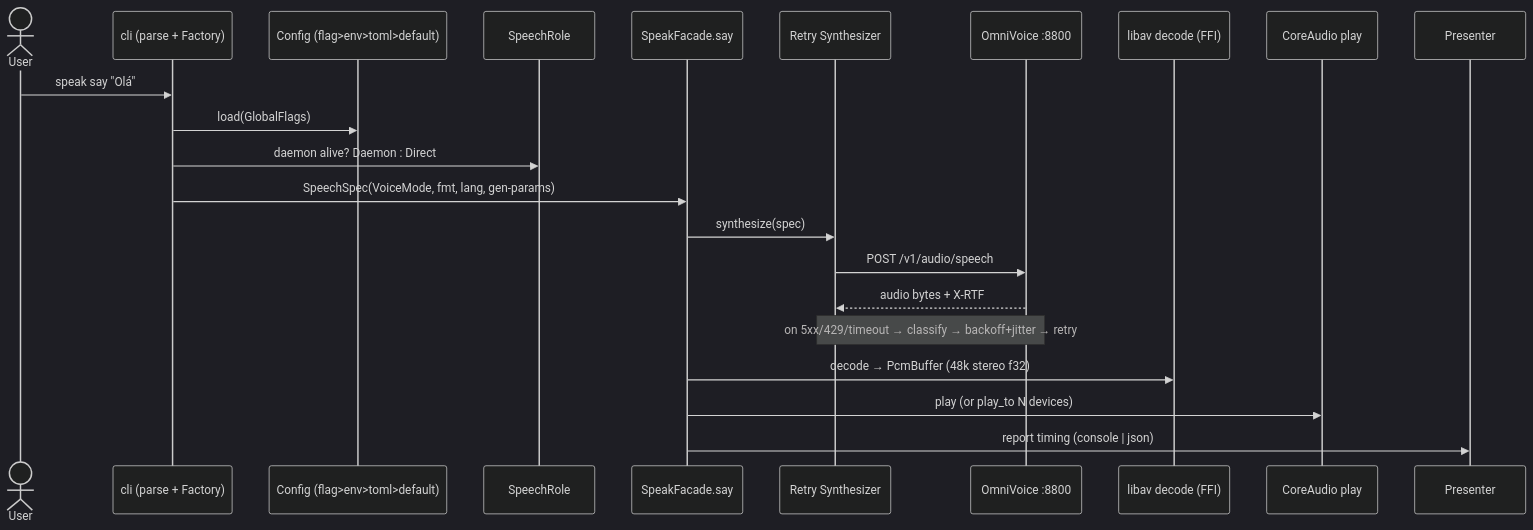
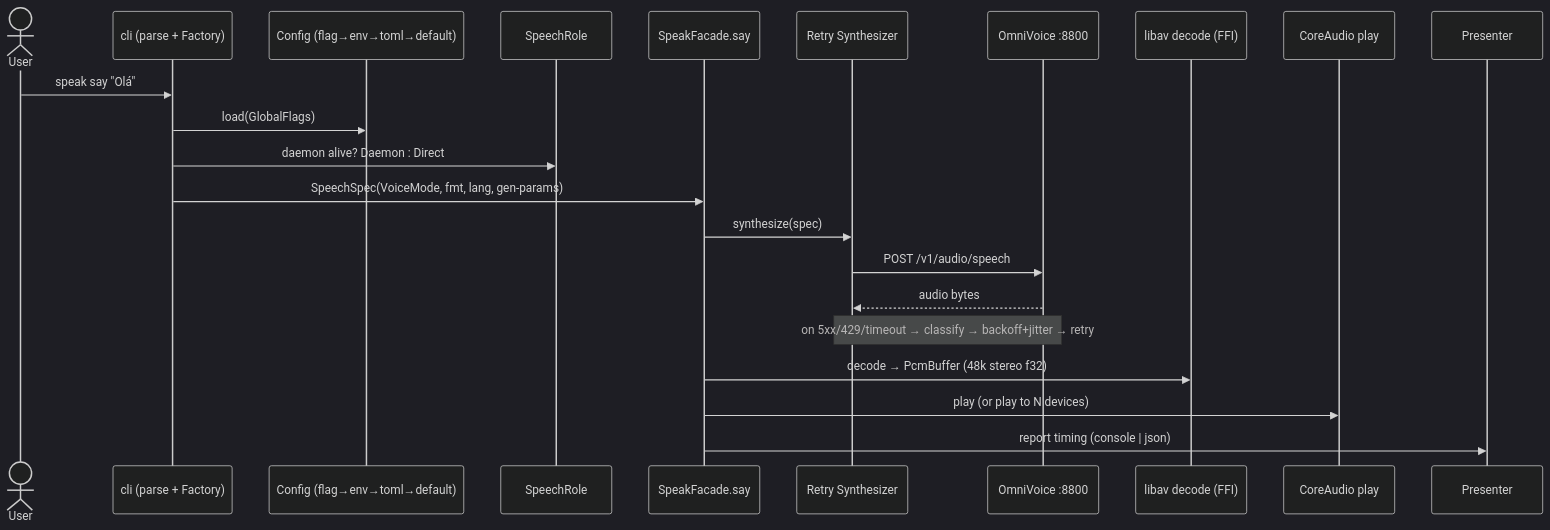
One commit to farchanjo/speak changed the third of 7 diagrams in README.md. Above: the diagram before and after it, drawn with Mermaid (dark theme). The commit also changed other lines of this file, not shown here.

First line of the commit message:
docs: rewrite README beginner-friendly with mermaid + architecture links

````diff
--- a/README.md
+++ b/README.md
@@ -319,24 +523,24 @@
 ```mermaid
 sequenceDiagram
     actor U as User
     participant CLI as cli (parse + Factory)
-    participant CFG as Config (flag>env>toml>default)
+    participant CFG as Config (flag→env→toml→default)
     participant SR as SpeechRole
     participant FAC as SpeakFacade.say
     participant SYN as Retry Synthesizer
     participant SRV as OmniVoice :8800
     participant DEC as libav decode (FFI)
     participant SNK as CoreAudio play
     participant PR as Presenter
     U->>CLI: speak say "Olá"
     CLI->>CFG: load(GlobalFlags)
     CLI->>SR: daemon alive? Daemon : Direct
     CLI->>FAC: SpeechSpec(VoiceMode, fmt, lang, gen-params)
     FAC->>SYN: synthesize(spec)
     SYN->>SRV: POST /v1/audio/speech
-    SRV-->>SYN: audio bytes + X-RTF
+    SRV-->>SYN: audio bytes
     Note over SYN,SRV: on 5xx/429/timeout → classify → backoff+jitter → retry
     FAC->>DEC: decode → PcmBuffer (48k stereo f32)
-    FAC->>SNK: play (or play_to N devices)
+    FAC->>SNK: play (or play to N devices)
     FAC->>PR: report timing (console | json)
 ```
````
